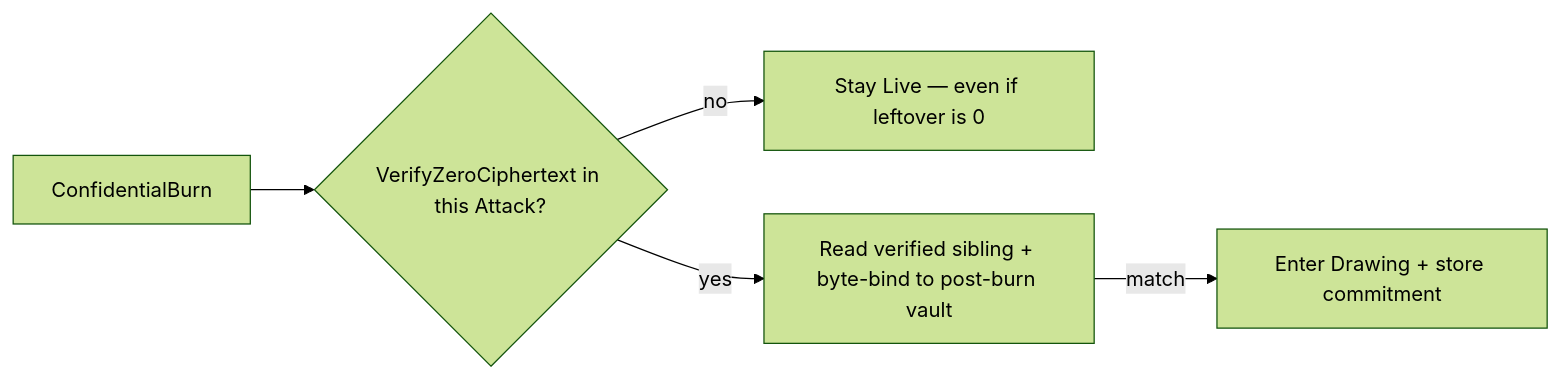
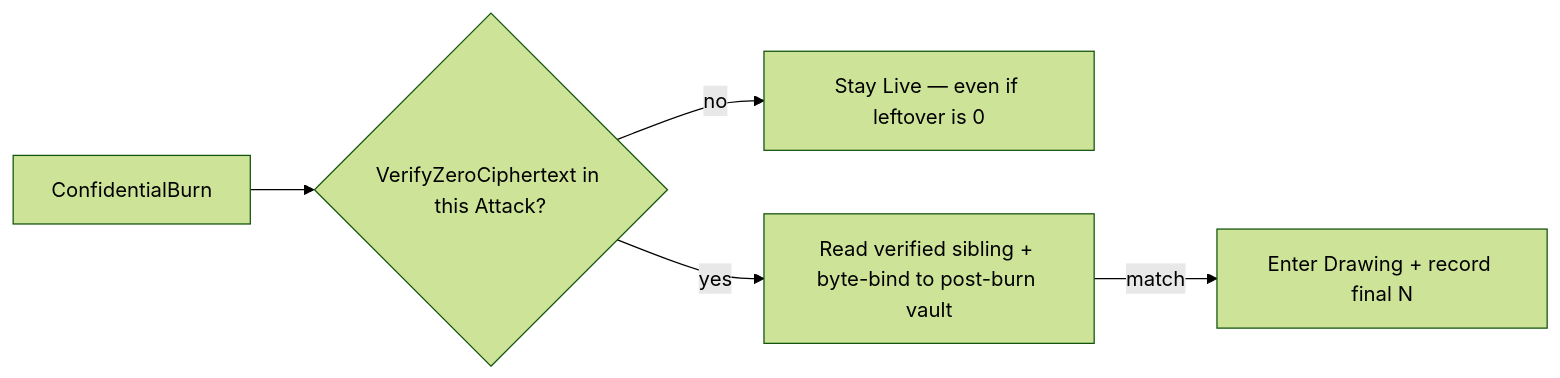
The third of 3 diagrams in docs/confidential-balances.md (kilogold/confidential-pinata), drawn with Mermaid (forest theme) before and after one commit. The commit also changed other lines of this file and 6 other files, not shown here.

````diff
--- a/docs/confidential-balances.md
+++ b/docs/confidential-balances.md
@@ -84,7 +84,7 @@
 ```mermaid
 flowchart LR
   burn[ConfidentialBurn] --> proof{VerifyZeroCiphertext in this Attack?}
   proof -->|no| live[Stay Live — even if leftover is 0]
   proof -->|yes| bind[Read verified sibling + byte-bind to post-burn vault]
-  bind -->|match| drawing[Enter Drawing + store commitment]
+  bind -->|match| drawing[Enter Drawing + record final N]
 ```
````
